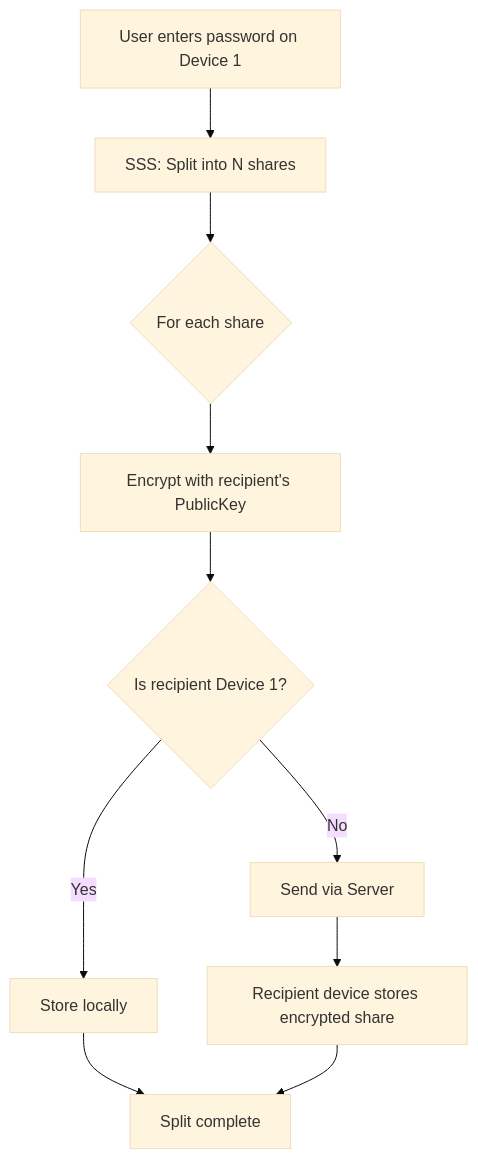
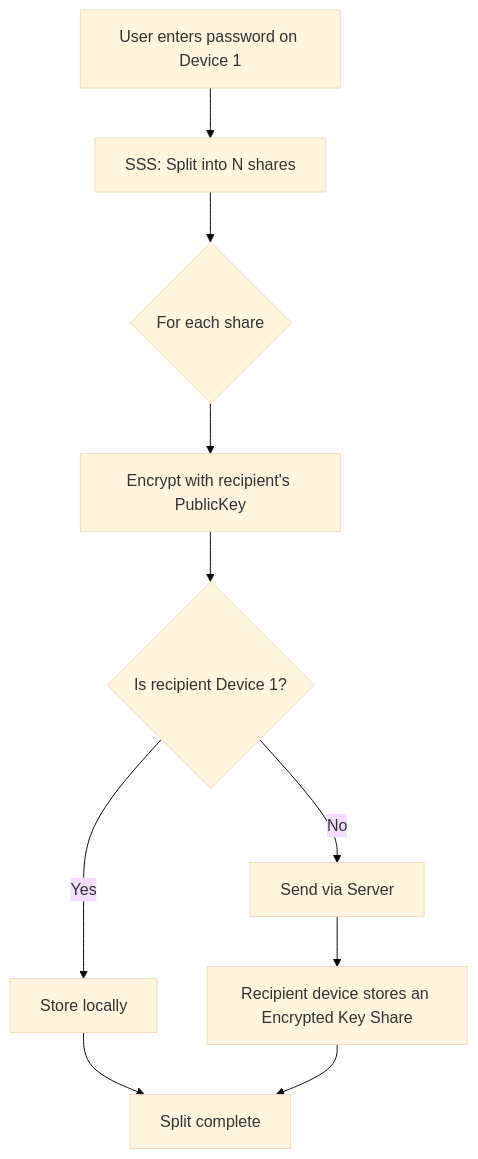
Before and after one commit to meta-secret/meta-secret-core: the seventh of 14 diagrams in docs/meta-secret-technical-presentation.md, drawn with Mermaid (base theme). The commit also changed other lines of this file and 12 other files, not shown here.

First line of the commit message:
docs: align Key Share and Master Key terminology (#150)

````diff
--- a/docs/meta-secret-technical-presentation.md
+++ b/docs/meta-secret-technical-presentation.md
@@ -429,12 +429,12 @@
 ```mermaid
 flowchart TD
     A[User enters password on Device 1] --> B[SSS: Split into N shares]
     B --> C{For each share}
     C --> D[Encrypt with recipient's PublicKey]
     D --> E{Is recipient Device 1?}
     E -->|Yes| F[Store locally]
     E -->|No| G[Send via Server]
-    G --> H[Recipient device stores encrypted share]
+    G --> H[Recipient device stores an Encrypted Key Share]
     F --> I[Split complete]
     H --> I
 ```
````
